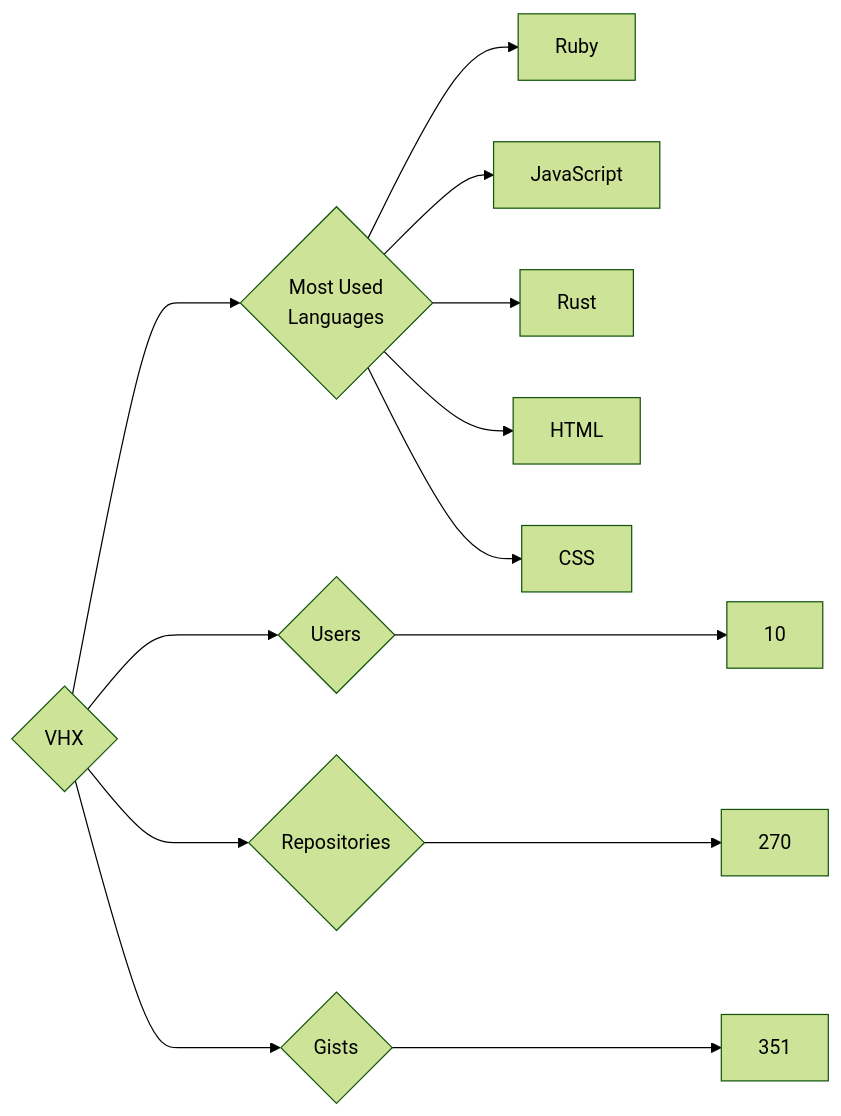
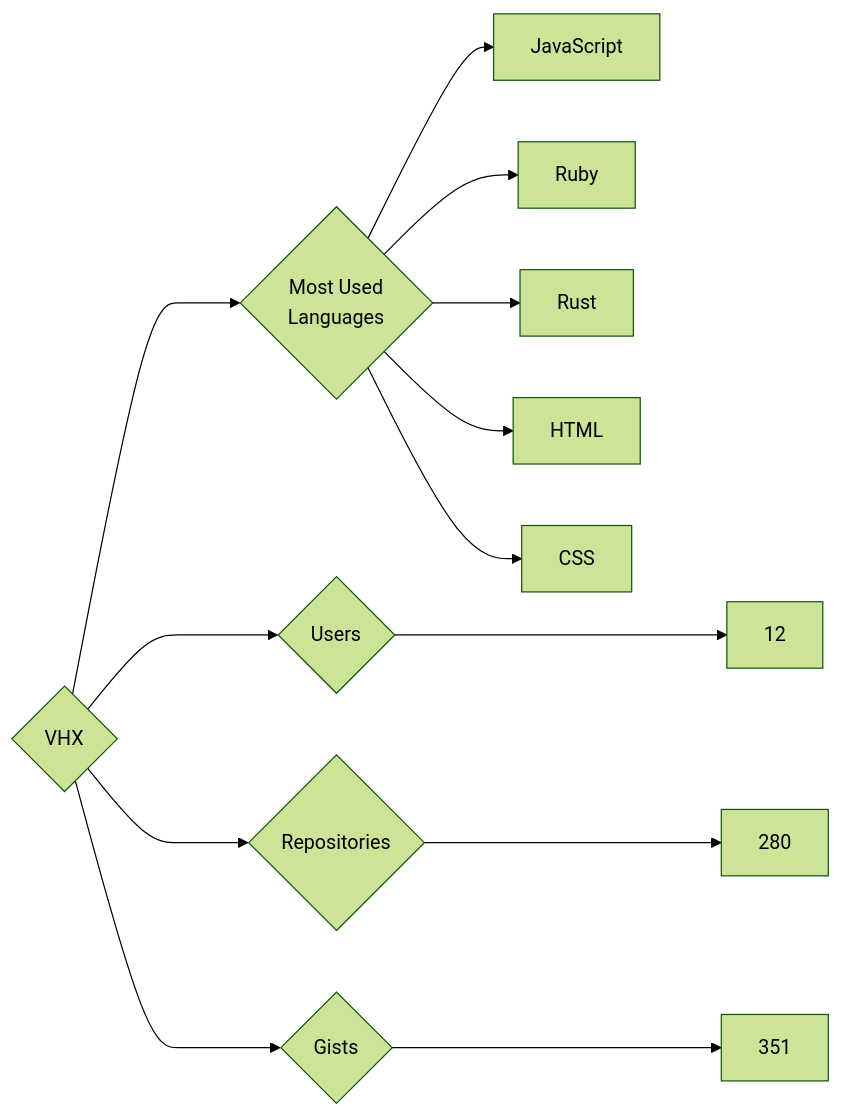
Before and after one commit to trickest/insiders: the diagram in targets/VHX/README.md, drawn with Mermaid (forest theme). The commit also changed 1484 other files, not shown here.

````diff
--- a/targets/VHX/README.md
+++ b/targets/VHX/README.md
@@ -3,13 +3,13 @@
 ```mermaid
 graph LR
 COMPANY_NAME{VHX}
-COMPANY_NAME ---> U{Users} ---> UN[10]
-COMPANY_NAME ---> R{Repositories} ---> RN[270]
+COMPANY_NAME ---> U{Users} ---> UN[12]
+COMPANY_NAME ---> R{Repositories} ---> RN[280]
 COMPANY_NAME ---> G{Gists} ---> GN[351]
 COMPANY_NAME ---> ML{Most Used<br>Languages}
+ML --> JavaScript[JavaScript]
 ML --> Ruby[Ruby]
-ML --> JavaScript[JavaScript]
 ML --> Rust[Rust]
 ML --> HTML[HTML]
 ML --> CSS[CSS]
 ```
````
